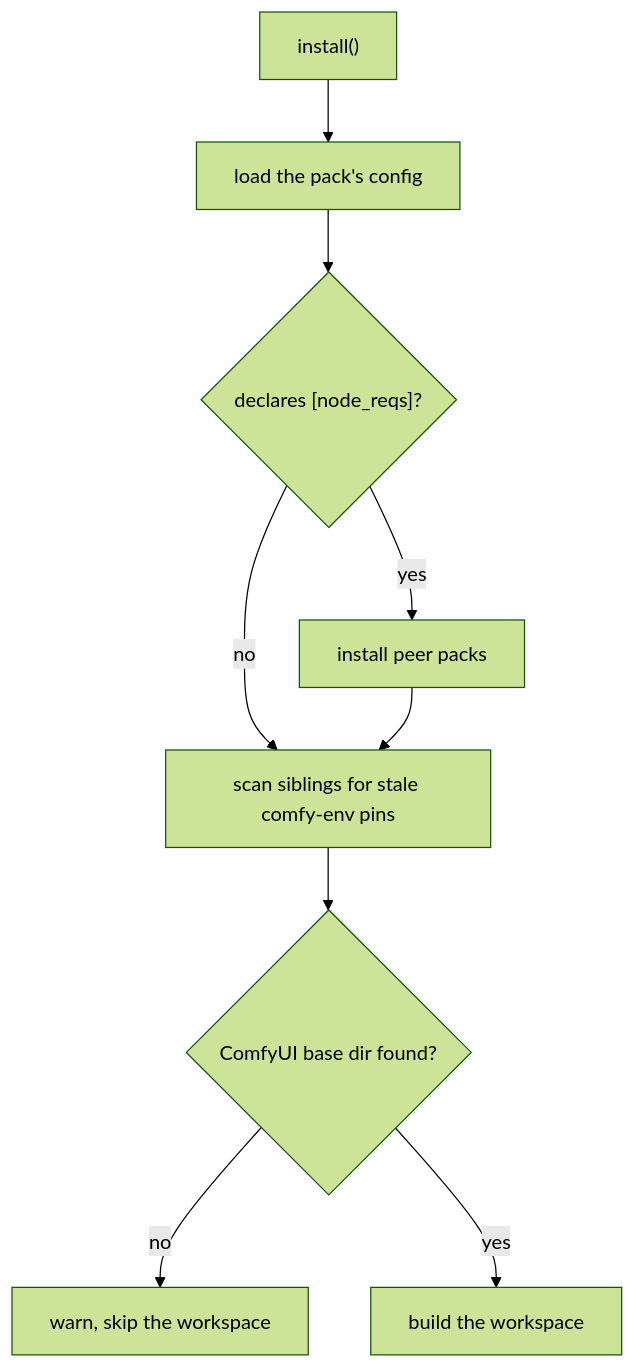
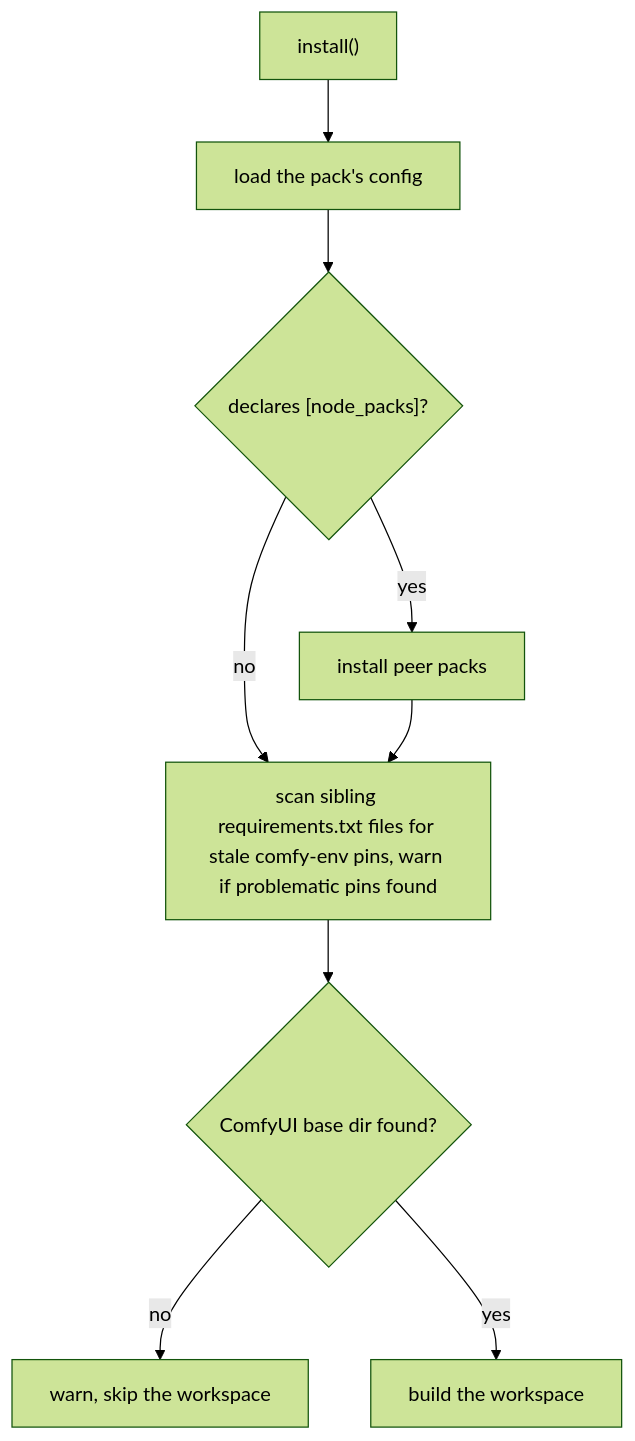
One commit to Comfy-Forge/comfy-forge-docs changed the diagram in docs/comfy-env/install.md. Above: the diagram before and after it, drawn with Mermaid (forest theme). The commit also changed other lines of this file and 12 other files, not shown here.

First line of the commit message:
Docs: [node_reqs] is now [node_packs]

````diff
--- a/docs/comfy-env/install.md
+++ b/docs/comfy-env/install.md
@@ -35,12 +36,12 @@
 ```mermaid
 flowchart TD
     entry["install()"]
     entry --> cfg["load the pack's config"]
-    cfg --> nrq{"declares [node_reqs]?"}
+    cfg --> nrq{"declares [node_packs]?"}
     nrq -->|"yes"| peers["install peer packs"]
     nrq -->|"no"| pins
-    peers --> pins["scan siblings for stale comfy-env pins"]
+    peers --> pins["scan sibling requirements.txt files for stale comfy-env pins, warn if problematic pins found"]
     pins --> found{"ComfyUI base dir found?"}
     found -->|"no"| warn["warn, skip the workspace"]
     found -->|"yes"| ws["build the workspace"]
 ```
````
